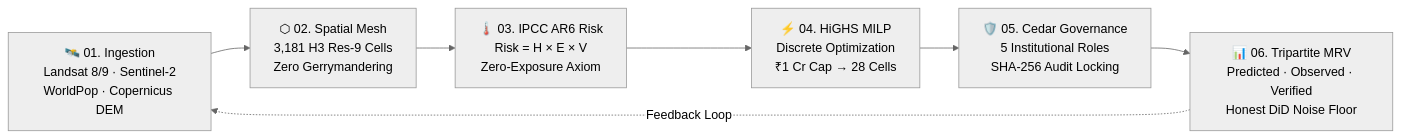
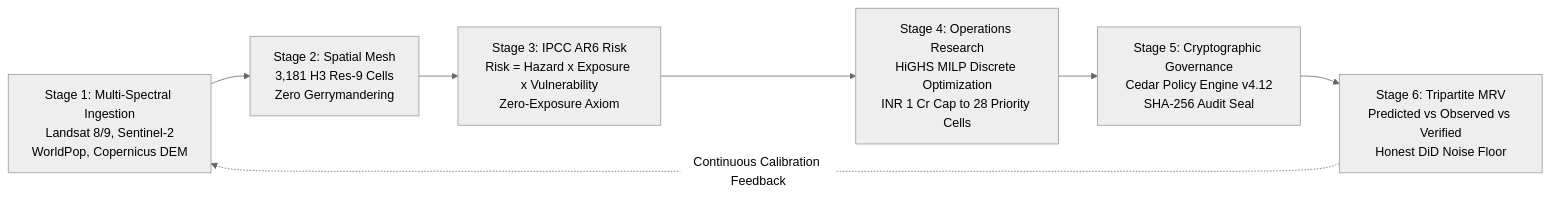
The diagram in README.md (Sujay-korde/climora), drawn with Mermaid (neutral theme) before and after one commit. The commit also changed other lines of this file, not shown here.

Commit message:
docs: resolve GitHub rich display error by fixing mermaid syntax and embedding system architecture visual

````diff
--- a/README.md
+++ b/README.md
@@ -40,9 +45,9 @@
 ```mermaid
 flowchart LR
-    A["🛰️ 01. Ingestion\nLandsat 8/9 · Sentinel-2\nWorldPop · Copernicus DEM"] --> B["⬡ 02. Spatial Mesh\n3,181 H3 Res-9 Cells\nZero Gerrymandering"]
-    B --> C["🌡️ 03. IPCC AR6 Risk\nRisk = H × E × V\nZero-Exposure Axiom"]
-    C --> D["⚡ 04. HiGHS MILP\nDiscrete Optimization\n₹1 Cr Cap → 28 Cells"]
-    D --> E["🛡️ 05. Cedar Governance\n5 Institutional Roles\nSHA-256 Audit Locking"]
-    E --> F["📊 06. Tripartite MRV\nPredicted · Observed · Verified\nHonest DiD Noise Floor"]
-    F -.->|"Feedback Loop"| A
+    A["Stage 1: Multi-Spectral Ingestion<br/>Landsat 8/9, Sentinel-2<br/>WorldPop, Copernicus DEM"] --> B["Stage 2: Spatial Mesh<br/>3,181 H3 Res-9 Cells<br/>Zero Gerrymandering"]
+    B --> C["Stage 3: IPCC AR6 Risk<br/>Risk = Hazard x Exposure x Vulnerability<br/>Zero-Exposure Axiom"]
+    C --> D["Stage 4: Operations Research<br/>HiGHS MILP Discrete Optimization<br/>INR 1 Cr Cap to 28 Priority Cells"]
+    D --> E["Stage 5: Cryptographic Governance<br/>Cedar Policy Engine v4.12<br/>SHA-256 Audit Seal"]
+    E --> F["Stage 6: Tripartite MRV<br/>Predicted vs Observed vs Verified<br/>Honest DiD Noise Floor"]
+    F -.->|Continuous Calibration Feedback| A
 ```
````
